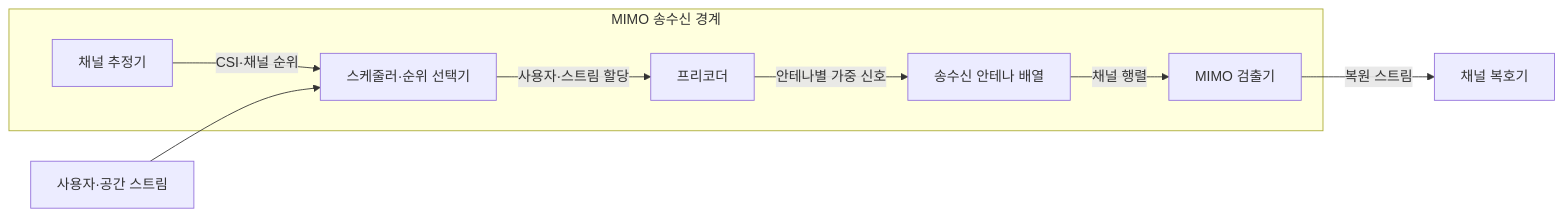
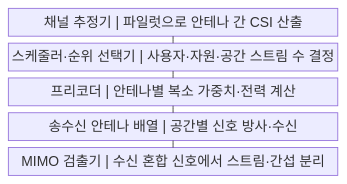
Before and after one commit to agnusdei1207/knowledge-base: the first of 2 diagrams in src/content/docs/notes/04-network/067_mimo_massive_mimo.md, drawn with Mermaid. The commit also changed other lines of this file and 20 other files, not shown here.

````diff
--- a/src/content/docs/notes/04-network/067_mimo_massive_mimo.md
+++ b/src/content/docs/notes/04-network/067_mimo_massive_mimo.md
@@ -60,17 +59,13 @@
 ```mermaid
-flowchart LR
-    DATA[사용자·공간 스트림]
-    subgraph M[MIMO 송수신 경계]
-        EST[채널 추정기]
-        SCH[스케줄러·순위 선택기]
-        PRE[프리코더]
-        ANT[송수신 안테나 배열]
-        DET[MIMO 검출기]
-        EST -->|CSI·채널 순위| SCH
-        SCH -->|사용자·스트림 할당| PRE
-        PRE -->|안테나별 가중 신호| ANT
-        ANT -->|채널 행렬| DET
-    end
-    DATA --> SCH
-    DET -->|복원 스트림| OUT[채널 복호기]
+block
+    columns 1
+    A["채널 추정기 | 파일럿으로 안테나 간 CSI 산출"]
+    B["스케줄러·순위 선택기 | 사용자·자원·공간 스트림 수 결정"]
+    C["프리코더 | 안테나별 복소 가중치·전력 계산"]
+    D["송수신 안테나 배열 | 공간별 신호 방사·수신"]
+    E["MIMO 검출기 | 수신 혼합 신호에서 스트림·간섭 분리"]
+    A --- B
+    B --- C
+    C --- D
+    D --- E
 ```
````
